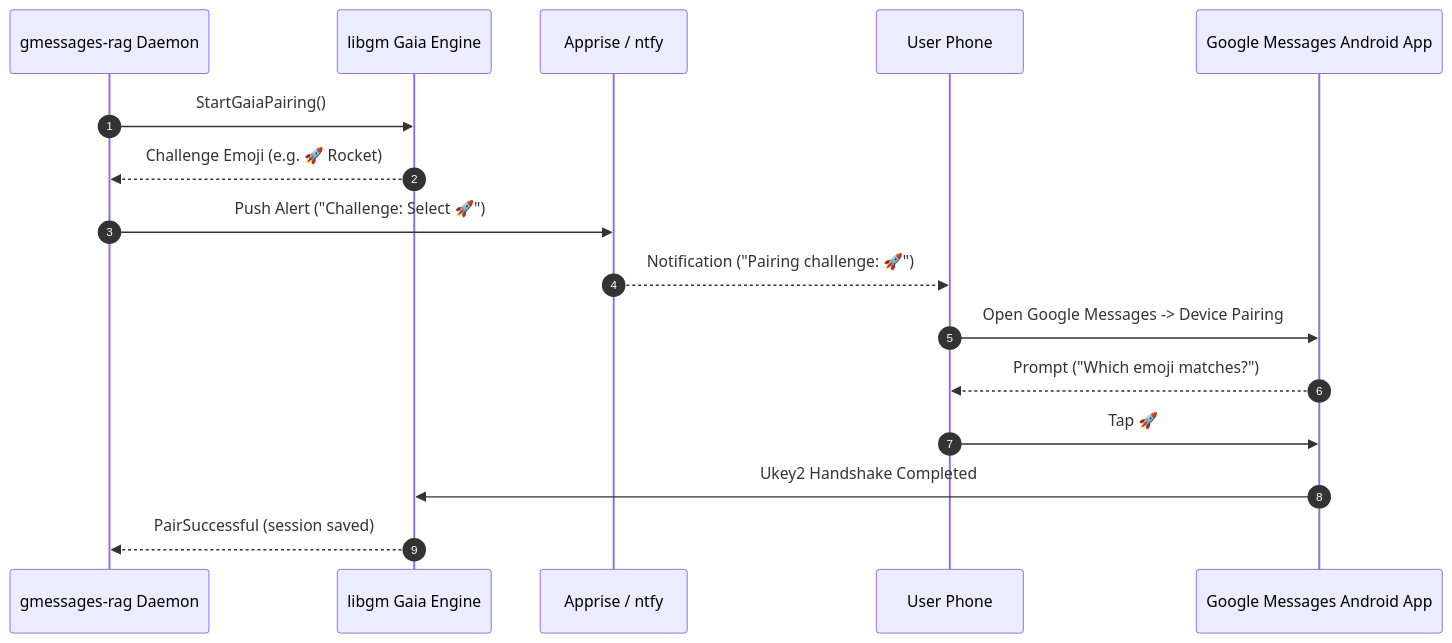
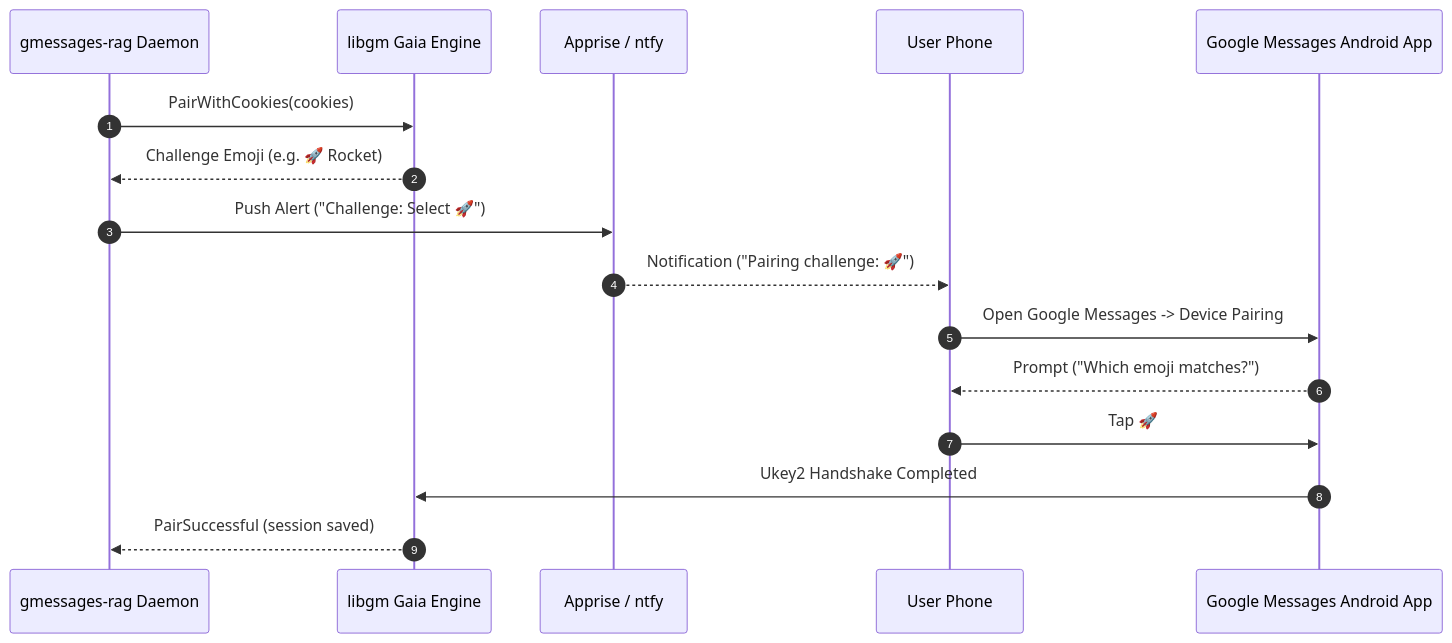
Before and after one commit to spelech/gmessage-rag: the diagram in docs/guide/pairing.md, drawn with Mermaid. The commit also changed other lines of this file and 31 other files, not shown here.

````diff
--- a/docs/guide/pairing.md
+++ b/docs/guide/pairing.md
@@ -34,19 +67,19 @@
 ```mermaid
 sequenceDiagram
     autonumber
     participant Daemon as gmessages-rag Daemon
     participant LibGM as libgm Gaia Engine
     participant Push as Apprise / ntfy
     participant Phone as User Phone
     participant GMApp as Google Messages Android App
 
-    Daemon->>LibGM: StartGaiaPairing()
+    Daemon->>LibGM: PairWithCookies(cookies)
     LibGM-->>Daemon: Challenge Emoji (e.g. 🚀 Rocket)
     Daemon->>Push: Push Alert ("Challenge: Select 🚀")
     Push-->>Phone: Notification ("Pairing challenge: 🚀")
     Phone->>GMApp: Open Google Messages -> Device Pairing
     GMApp-->>Phone: Prompt ("Which emoji matches?")
     Phone->>GMApp: Tap 🚀
     GMApp->>LibGM: Ukey2 Handshake Completed
     LibGM-->>Daemon: PairSuccessful (session saved)
 ```
````
